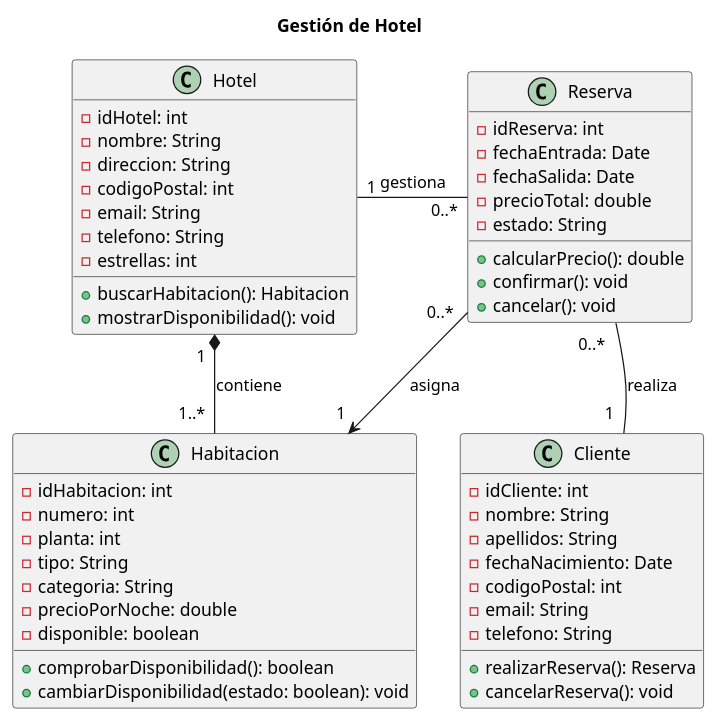
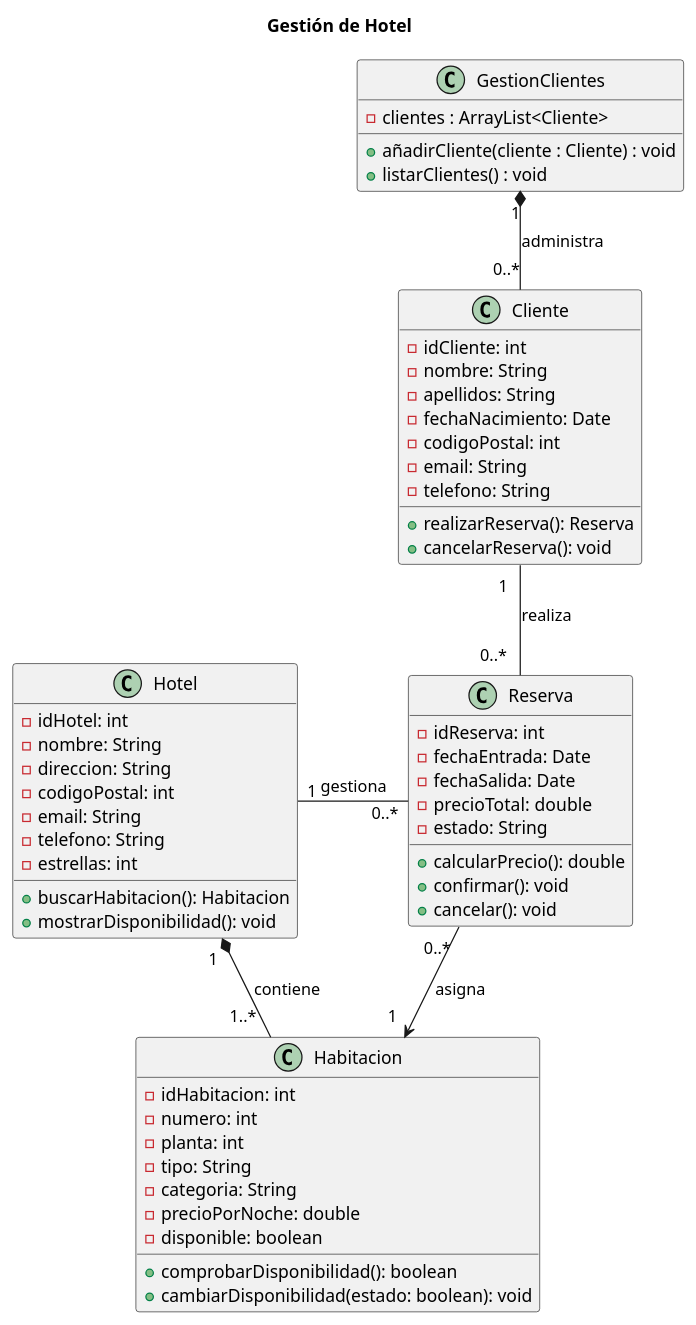
The diagram in gestionHotel/uml/DiagramaDeClases.puml (macfer79/POO_with_BBDD), drawn with PlantUML before and after one commit.

Commit message:
Se modifica DiagramaDeClases.puml

```diff
--- a/gestionHotel/uml/DiagramaDeClases.puml
+++ b/gestionHotel/uml/DiagramaDeClases.puml
@@ -1,80 +1,89 @@
 @startuml
 title Gestión de Hotel
 
 class Cliente {
     ' Atributos (Variables)
         - idCliente: int
         - nombre: String
         - apellidos: String
         - fechaNacimiento: Date
         - codigoPostal: int
         - email: String
         - telefono: String
 
     ' Métodos (Funciones)
         + realizarReserva(): Reserva
         + cancelarReserva(): void
 }
 
 class Hotel {
 
     ' Atributos (Variables)
         - idHotel: int
         - nombre: String
         - direccion: String
         - codigoPostal: int
         - email: String
         - telefono: String
         - estrellas: int
 
     ' Métodos (Funciones)
         + buscarHabitacion(): Habitacion
         + mostrarDisponibilidad(): void
 }
 
 class Habitacion {
 
     ' Atributos (Variables)
         - idHabitacion: int
         - numero: int
         - planta: int
         - tipo: String
         - categoria: String
         - precioPorNoche: double
         - disponible: boolean
 
     ' Métodos (Funciones)
         + comprobarDisponibilidad(): boolean
         + cambiarDisponibilidad(estado: boolean): void
 }
 
 class Reserva {
 
     ' Atributos (Variables)
         - idReserva: int
         - fechaEntrada: Date
         - fechaSalida: Date
         - precioTotal: double
         - estado: String
 
     ' Métodos (Funciones)
         + calcularPrecio(): double
         + confirmar(): void
         + cancelar(): void
 }
 
+class GestionClientes {
+- clientes : ArrayList<Cliente>
+
++ añadirCliente(cliente : Cliente) : void
++ listarClientes() : void
+'+ buscarCliente(texto : String) : Cliente
+'+ modificarCliente(cliente : Cliente) : void
+'+ eliminarCliente(id : int) : void
+}
+
 Hotel -right[hidden]-> Reserva
-Cliente -up[hidden]-> Reserva
-Reserva -down[hidden]-> Cliente
-Habitacion -right[hidden]-> Cliente
 
 /'Hotel → Habitación: 1 hotel contiene 1..* habitaciones. Se usa composición (*--) porque estamos modelando las habitaciones como parte del hotel.'/
 Hotel "1  " *-- "1..*  " Habitacion : contiene
 /'Cliente → Reserva: un cliente puede tener 0..* reservas, pero cada reserva pertenece a un cliente.'/
 Cliente "1   " -- "0..*   " Reserva : realiza
 /'Reserva → Habitación: cada reserva está asociada a una habitación. Una habitación puede participar en muchas reservas a lo largo del tiempo.'/
 Reserva "0..* " --> "1   " Habitacion : asigna
 /'Hotel → Reserva: un hotel gestiona múltiples reservas.'/
 Hotel "1   " -- "0..*" Reserva : gestiona
+/'GestionClientes → Cliente: GestionClientes administra multiples clientes.'/
+GestionClientes "1" *-- "0..*" Cliente : administra
 
 @enduml
```
